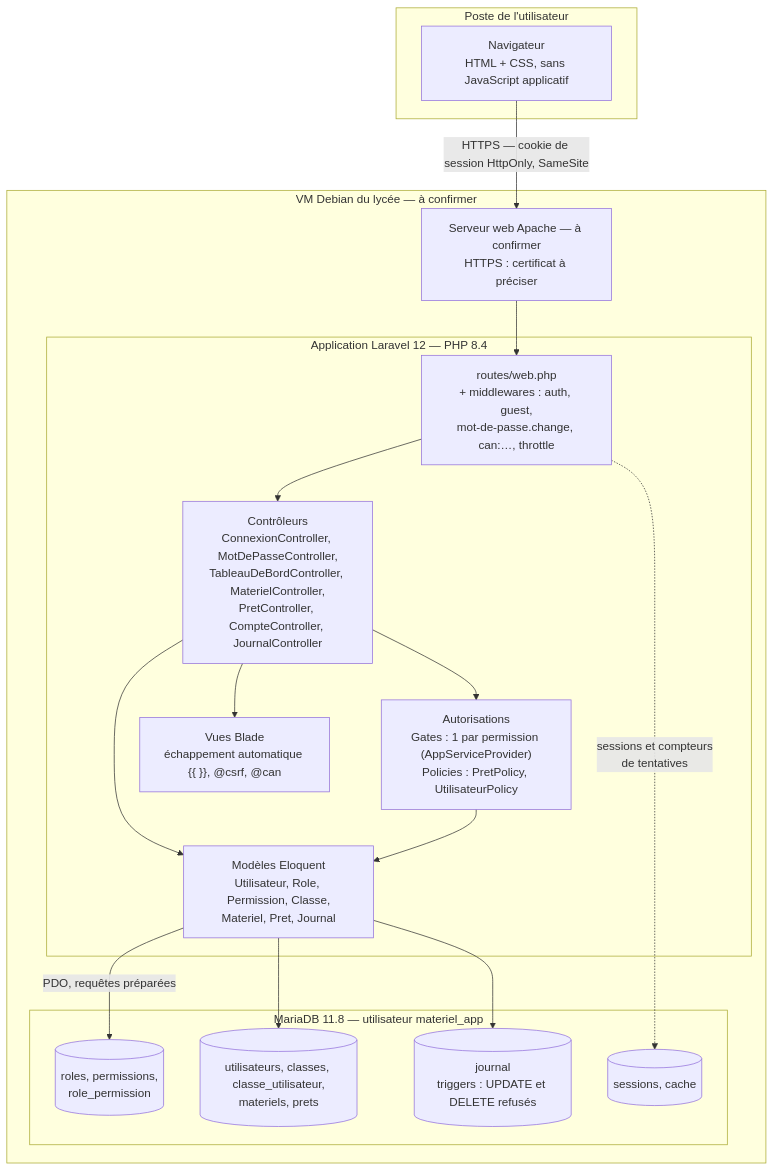
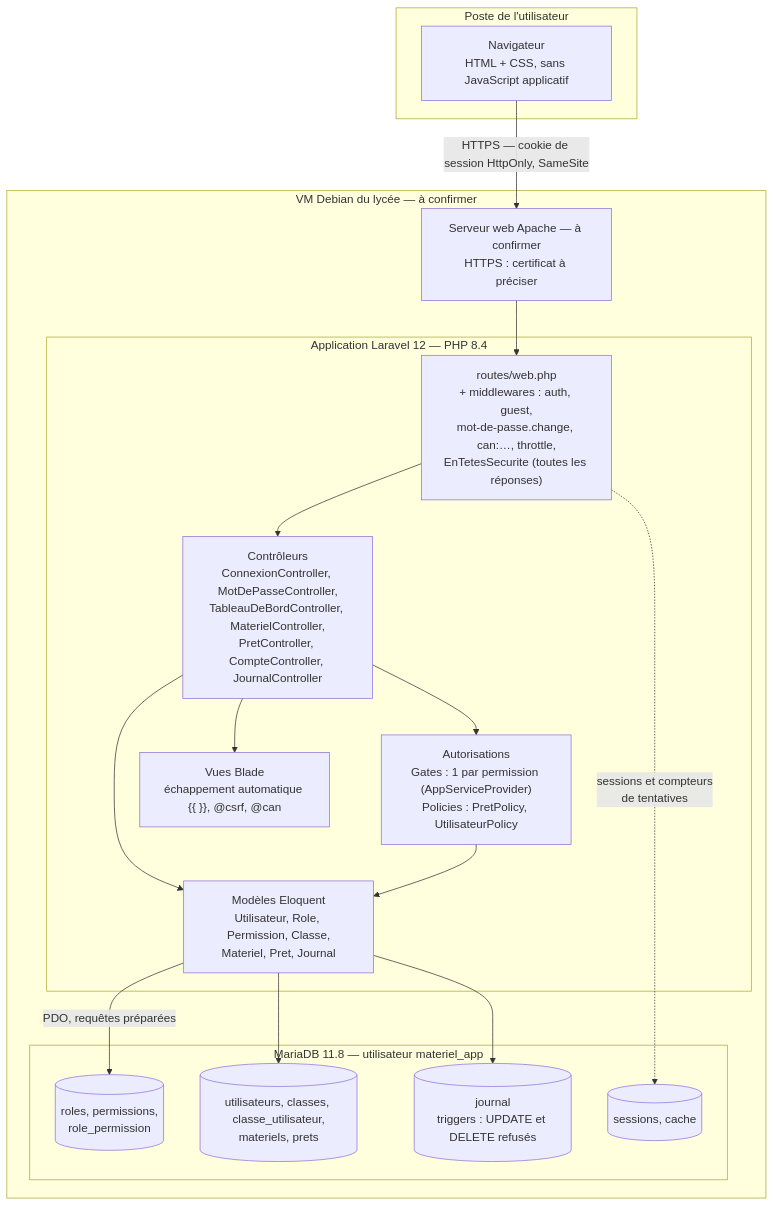
The second of 2 diagrams in docs/architecture.md (samucombari-lgtm/gestion_materiel), drawn with Mermaid before and after one commit. The commit also changed other lines of this file and 15 other files, not shown here.

````diff
--- a/docs/architecture.md
+++ b/docs/architecture.md
@@ -55,37 +55,37 @@
 ```mermaid
 flowchart TB
     subgraph Client["Poste de l'utilisateur"]
         NAV["Navigateur<br/>HTML + CSS, sans JavaScript applicatif"]
     end
 
     subgraph Hebergement["VM Debian du lycée — à confirmer"]
         WEB["Serveur web Apache — à confirmer<br/>HTTPS : certificat à préciser"]
 
         subgraph Laravel["Application Laravel 12 — PHP 8.4"]
-            ROUTES["routes/web.php<br/>+ middlewares : auth, guest,<br/>mot-de-passe.change, can:…, throttle"]
+            ROUTES["routes/web.php<br/>+ middlewares : auth, guest,<br/>mot-de-passe.change, can:…, throttle,<br/>EnTetesSecurite (toutes les réponses)"]
             CTRL["Contrôleurs<br/>ConnexionController, MotDePasseController,<br/>TableauDeBordController, MaterielController,<br/>PretController, CompteController, JournalController"]
             AUTZ["Autorisations<br/>Gates : 1 par permission (AppServiceProvider)<br/>Policies : PretPolicy, UtilisateurPolicy"]
             MODELES["Modèles Eloquent<br/>Utilisateur, Role, Permission, Classe,<br/>Materiel, Pret, Journal"]
             VUES["Vues Blade<br/>échappement automatique {{ }}, @csrf, @can"]
         end
 
         subgraph MariaDB["MariaDB 11.8 — utilisateur materiel_app"]
             T_DROITS[("roles, permissions,<br/>role_permission")]
             T_METIER[("utilisateurs, classes, classe_utilisateur,<br/>materiels, prets")]
             T_JOURNAL[("journal<br/>triggers : UPDATE et DELETE refusés")]
             T_SESSIONS[("sessions, cache")]
         end
     end
 
     NAV -- "HTTPS — cookie de session HttpOnly, SameSite" --> WEB
     WEB --> ROUTES
     ROUTES --> CTRL
     CTRL --> AUTZ
     CTRL --> MODELES
     CTRL --> VUES
     AUTZ --> MODELES
     MODELES -- "PDO, requêtes préparées" --> T_DROITS
     MODELES --> T_METIER
     MODELES --> T_JOURNAL
     ROUTES -. "sessions et compteurs<br/>de tentatives" .-> T_SESSIONS
 ```
````
